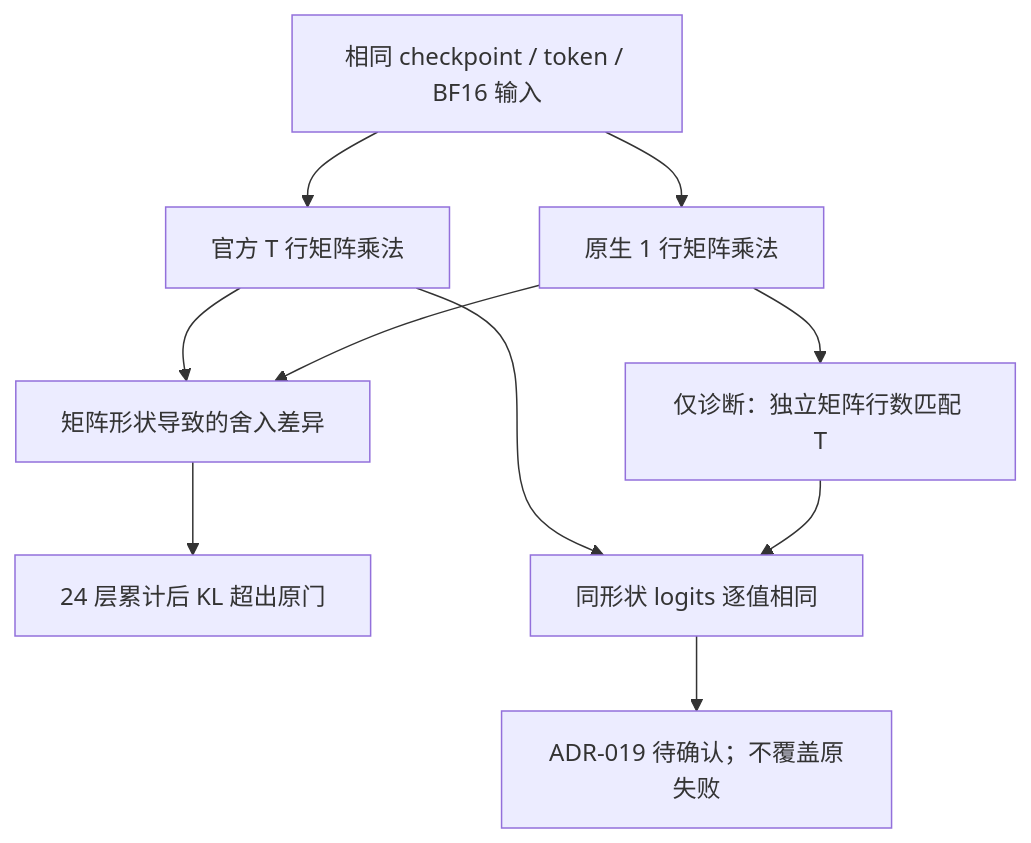
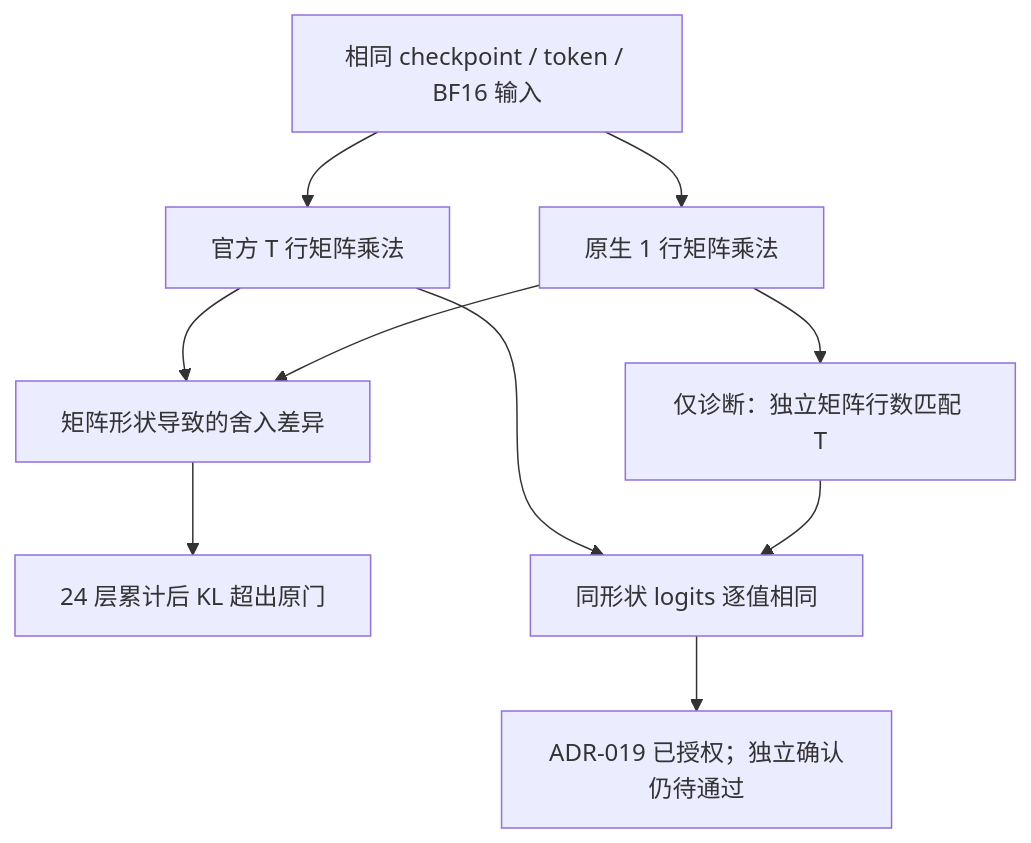
Before and after one commit to yynil/long_long_agent: the diagram in reports/generation_parity_diagnosis.md, drawn with Mermaid. The commit also changed other lines of this file and 12 other files, not shown here.

````diff
--- a/reports/generation_parity_diagnosis.md
+++ b/reports/generation_parity_diagnosis.md
@@ -7,12 +7,12 @@
 ```mermaid
 flowchart TD
     INPUT[相同 checkpoint / token / BF16 输入] --> FULL[官方 T 行矩阵乘法]
     INPUT --> RNN[原生 1 行矩阵乘法]
     FULL --> ROUND[矩阵形状导致的舍入差异]
     RNN --> ROUND
     ROUND --> KL[24 层累计后 KL 超出原门]
     RNN --> MATCH[仅诊断：独立矩阵行数匹配 T]
     FULL --> EXACT[同形状 logits 逐值相同]
     MATCH --> EXACT
-    EXACT --> ADR[ADR-019 待确认；不覆盖原失败]
+    EXACT --> ADR[ADR-019 已授权；独立确认仍待通过]
 ```
````
